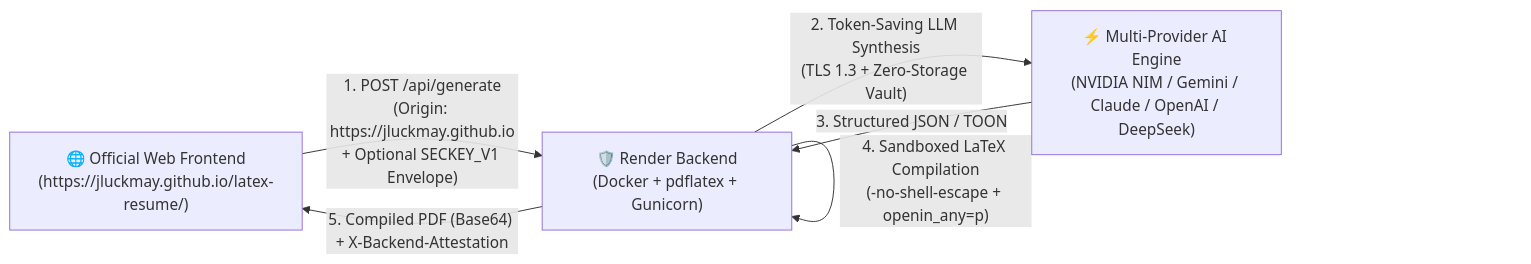
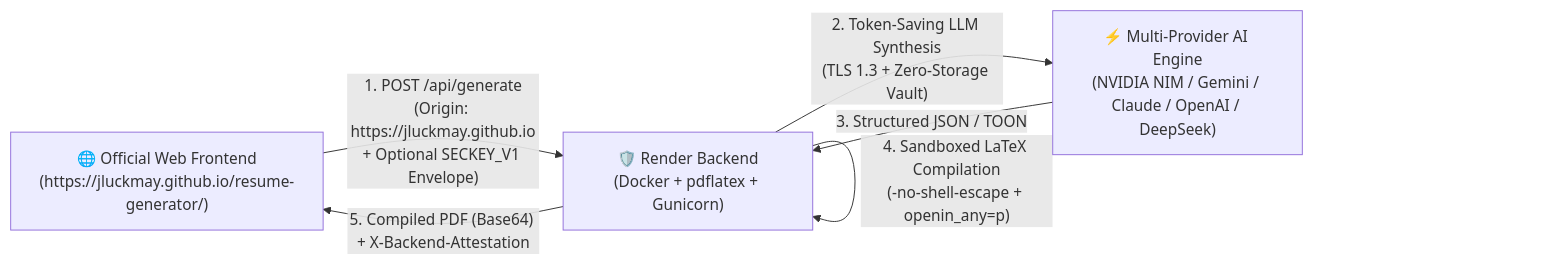
The second of 2 diagrams in README.md (Jluckmay/latex-resume), drawn with Mermaid before and after one commit. The commit also changed other lines of this file and 4 other files, not shown here.

````diff
--- a/README.md
+++ b/README.md
@@ -598,8 +598,8 @@
 ```mermaid
 flowchart LR
-    A["🌐 Official Web Frontend<br>(https://jluckmay.github.io/latex-resume/)"] -- "1. POST /api/generate<br>(Origin: https://jluckmay.github.io<br>+ Optional SECKEY_V1 Envelope)" --> B["🛡️ Render Backend<br>(Docker + pdflatex + Gunicorn)"]
+    A["🌐 Official Web Frontend<br>(https://jluckmay.github.io/resume-generator/)"] -- "1. POST /api/generate<br>(Origin: https://jluckmay.github.io<br>+ Optional SECKEY_V1 Envelope)" --> B["🛡️ Render Backend<br>(Docker + pdflatex + Gunicorn)"]
     B -- "2. Token-Saving LLM Synthesis<br>(TLS 1.3 + Zero-Storage Vault)" --> C["⚡ Multi-Provider AI Engine<br>(NVIDIA NIM / Gemini / Claude / OpenAI / DeepSeek)"]
     C -- "3. Structured JSON / TOON" --> B
     B -- "4. Sandboxed LaTeX Compilation<br>(-no-shell-escape + openin_any=p)" --> B
     B -- "5. Compiled PDF (Base64) + X-Backend-Attestation" --> A
 ```
````
